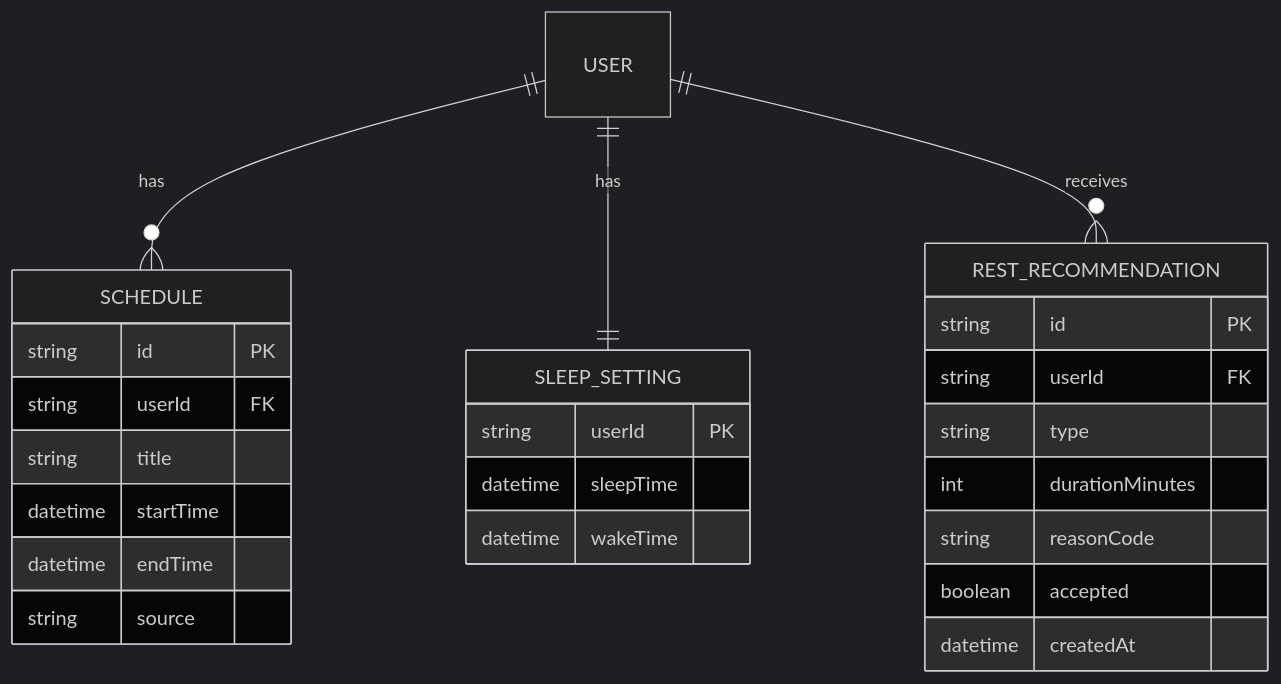
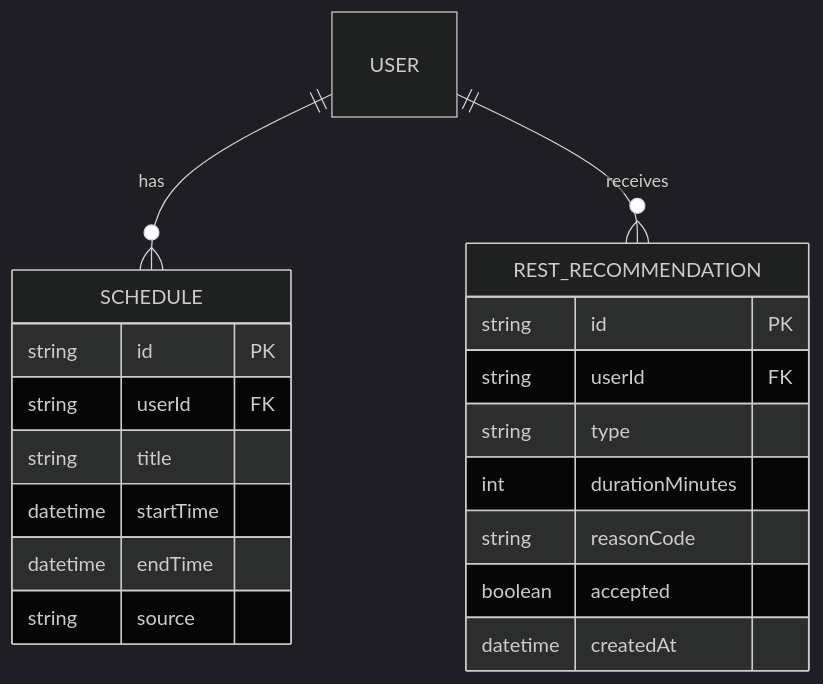
Before and after one commit to YAMI-SOTE/team-nap-app: the second of 2 diagrams in docs/db.md, drawn with Mermaid (dark theme). The commit also changed other lines of this file and 2 other files, not shown here.

First line of the commit message:
docs: calendar-week definition + per-user persisted settings

````diff
--- a/docs/db.md
+++ b/docs/db.md
@@ -153,32 +157,25 @@
 ```mermaid
 erDiagram
 
     USER ||--o{ SCHEDULE : has
-    USER ||--|| SLEEP_SETTING : has
     USER ||--o{ REST_RECOMMENDATION : receives
 
     SCHEDULE {
         string id PK
         string userId FK
         string title
         datetime startTime
         datetime endTime
         string source
-    }
-
-    SLEEP_SETTING {
-        string userId PK
-        datetime sleepTime
-        datetime wakeTime
     }
 
     REST_RECOMMENDATION {
         string id PK
         string userId FK
         string type
         int durationMinutes
         string reasonCode
         boolean accepted
         datetime createdAt
     }
 ```
````
